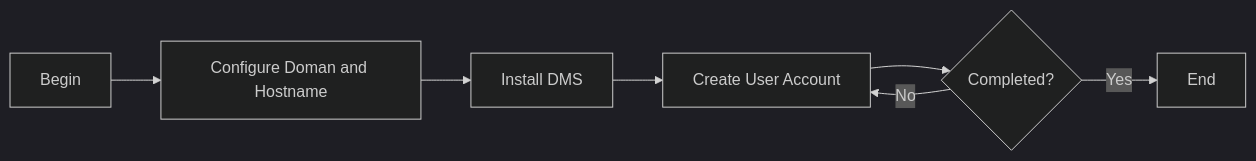
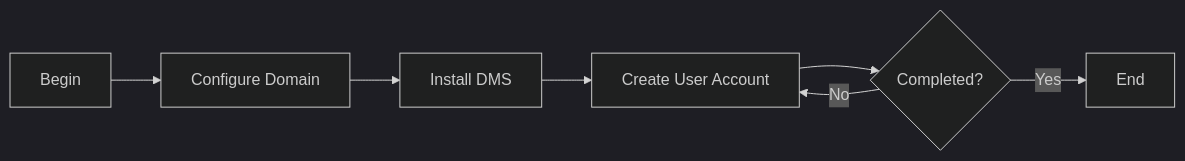
Before and after one commit to codersyacht/maximo-knowledge-center: the diagram in devops/email/docker-mail-server.md, drawn with Mermaid (dark theme).

````diff
--- a/devops/email/docker-mail-server.md
+++ b/devops/email/docker-mail-server.md
@@ -16,10 +16,10 @@
 ```mermaid
 graph LR
 
-A[Begin] --> B[Configure Doman and Hostname]
+A[Begin] --> B[Configure Domain]
 B --> C[Install DMS]
 C --> D[Create User Account]
 D --> E{Completed?}
 E --> |No| D 
 E --> |Yes| F[End]
 ```
````
